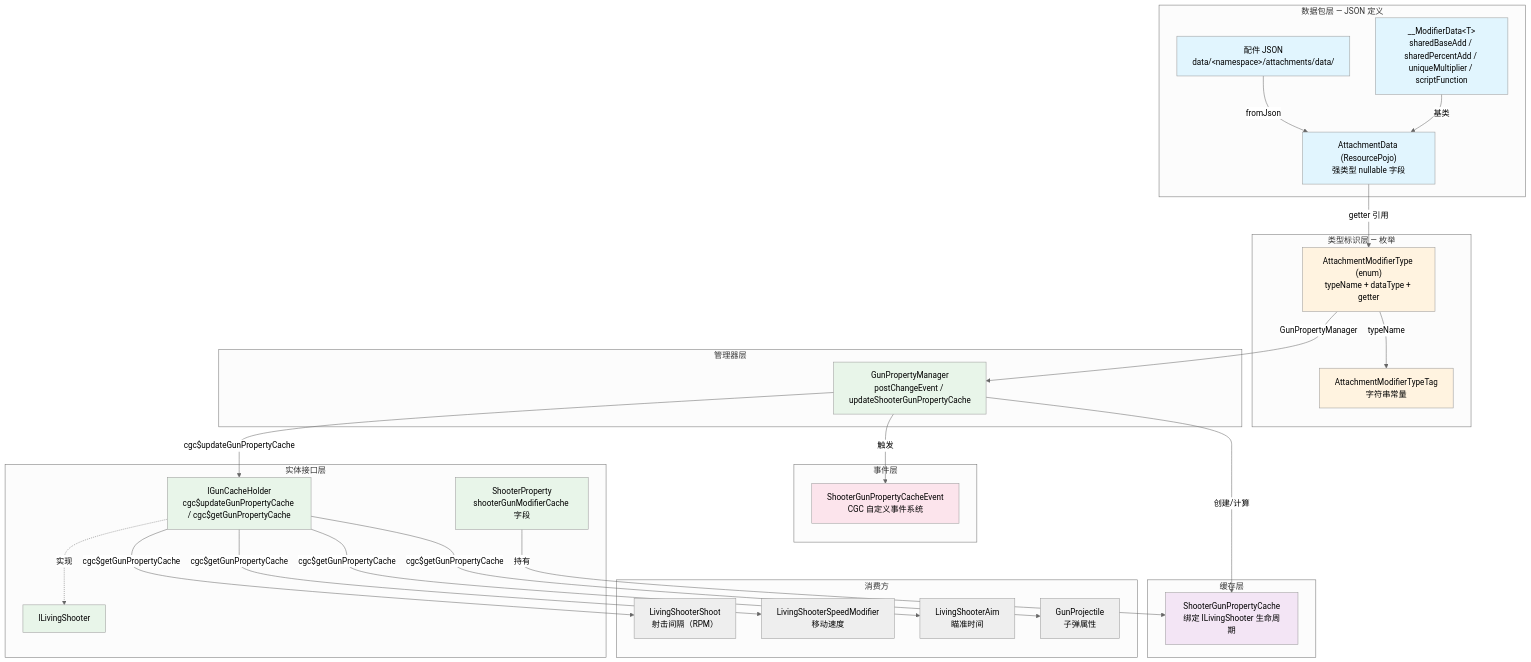
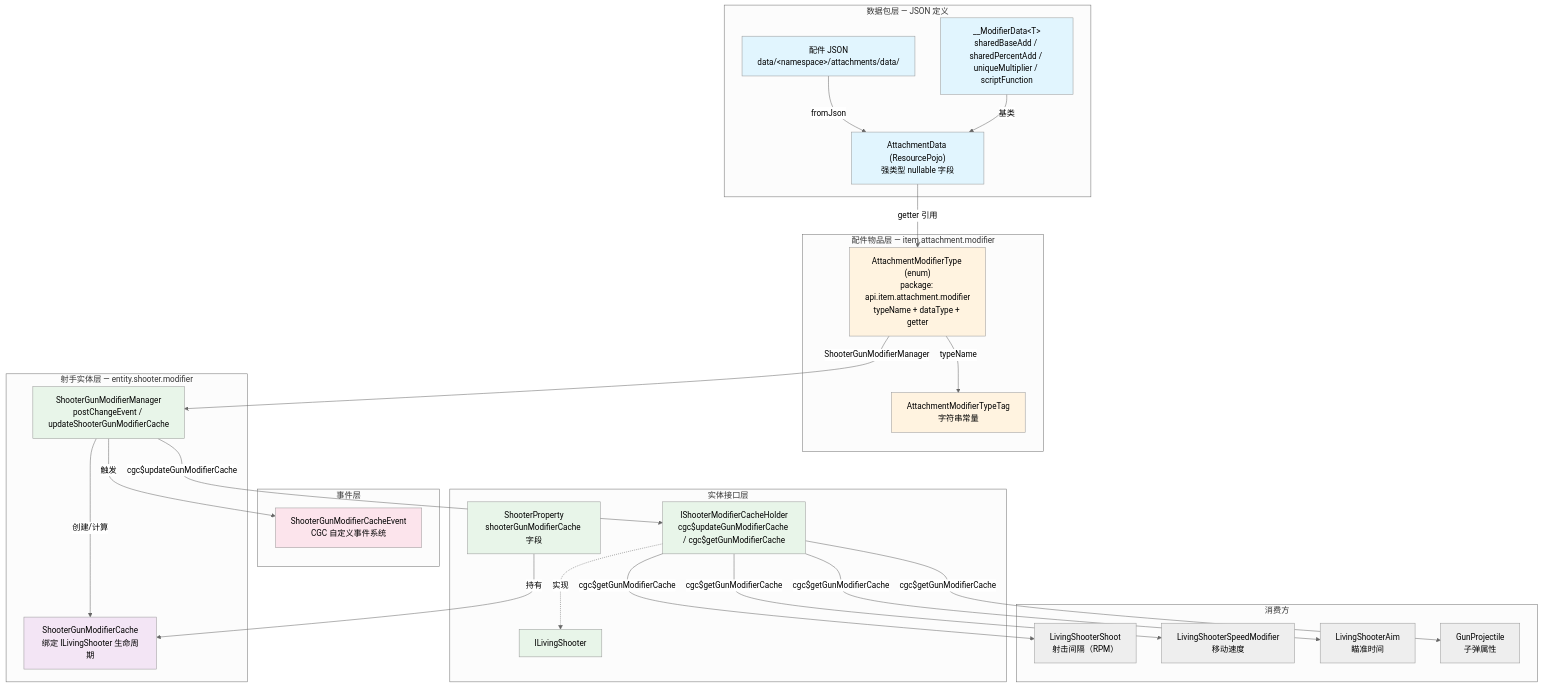
One commit to XColorful/Custom-Gun-Continued changed the diagram in docs/architecture/core/entity/shooter/modifier/Home.md. Above: the diagram before and after it, drawn with Mermaid (neutral theme). The commit also changed other lines of this file and 9 other files, not shown here.

````diff
--- a/docs/architecture/core/entity/shooter/modifier/Home.md
+++ b/docs/architecture/core/entity/shooter/modifier/Home.md
@@ -8,67 +8,64 @@
 ```mermaid
 graph TB
+    subgraph "配件物品层 — item.attachment.modifier"
+        AMT["AttachmentModifierType (enum)<br/>package: api.item.attachment.modifier<br/>typeName + dataType + getter"]
+        AMTT["AttachmentModifierTypeTag<br/>字符串常量"]
+    end
+
     subgraph "数据包层 — JSON 定义"
         JSON["配件 JSON<br/>data/&lt;namespace&gt;/attachments/data/"]
         AD["AttachmentData (ResourcePojo)<br/>强类型 nullable 字段"]
         MODDATA["__ModifierData&lt;T&gt;<br/>sharedBaseAdd / sharedPercentAdd / uniqueMultiplier / scriptFunction"]
     end
 
-    subgraph "类型标识层 — 枚举"
-        AMT["AttachmentModifierType (enum)<br/>typeName + dataType + getter"]
-        AMTT["AttachmentModifierTypeTag<br/>字符串常量"]
-    end
-
-    subgraph "缓存层"
-        SGPC["ShooterGunPropertyCache<br/>绑定 ILivingShooter 生命周期"]
-    end
-
-    subgraph "管理器层"
-        GPM["GunPropertyManager<br/>postChangeEvent / updateShooterGunPropertyCache"]
+    subgraph "射手实体层 — entity.shooter.modifier"
+        SGMC["ShooterGunModifierCache<br/>绑定 ILivingShooter 生命周期"]
+        SGMM["ShooterGunModifierManager<br/>postChangeEvent / updateShooterGunModifierCache"]
     end
 
     subgraph "事件层"
-        SGPCE["ShooterGunPropertyCacheEvent<br/>CGC 自定义事件系统"]
+        SGMCE["ShooterGunModifierCacheEvent<br/>CGC 自定义事件系统"]
     end
 
     subgraph "实体接口层"
         ILS["ILivingShooter"]
         SP["ShooterProperty<br/>shooterGunModifierCache 字段"]
-        IGC["IGunCacheHolder<br/>cgc$updateGunPropertyCache / cgc$getGunPropertyCache"]
+        ISMC["IShooterModifierCacheHolder<br/>cgc$updateGunModifierCache / cgc$getGunModifierCache"]
     end
 
     subgraph "消费方"
         LSS["LivingShooterShoot<br/>射击间隔（RPM）"]
         LSSM["LivingShooterSpeedModifier<br/>移动速度"]
         LSA["LivingShooterAim<br/>瞄准时间"]
         GP["GunProjectile<br/>子弹属性"]
     end
 
     JSON -->|"fromJson"| AD
     AD -->|"getter 引用"| AMT
     AMT -->|"typeName"| AMTT
     MODDATA -->|"基类"| AD
 
-    AMT -->|"GunPropertyManager"| GPM
-    GPM -->|"创建/计算"| SGPC
-    GPM -->|"触发"| SGPCE
-    GPM -->|"cgc$updateGunPropertyCache"| IGC
-    IGC -.->|"实现"| ILS
-    SP -->|"持有"| SGPC
+    AMT -->|"ShooterGunModifierManager"| SGMM
+    SGMM -->|"创建/计算"| SGMC
+    SGMM -->|"触发"| SGMCE
+    SGMM -->|"cgc$updateGunModifierCache"| ISMC
+    ISMC -.->|"实现"| ILS
+    SP -->|"持有"| SGMC
 
-    IGC -->|"cgc$getGunPropertyCache"| LSS
-    IGC -->|"cgc$getGunPropertyCache"| LSSM
-    IGC -->|"cgc$getGunPropertyCache"| LSA
-    IGC -->|"cgc$getGunPropertyCache"| GP
+    ISMC -->|"cgc$getGunModifierCache"| LSS
+    ISMC -->|"cgc$getGunModifierCache"| LSSM
+    ISMC -->|"cgc$getGunModifierCache"| LSA
+    ISMC -->|"cgc$getGunModifierCache"| GP
 
     style JSON fill:#e1f5fe
     style AD fill:#e1f5fe
     style MODDATA fill:#e1f5fe
     style AMT fill:#fff3e0
     style AMTT fill:#fff3e0
-    style SGPC fill:#f3e5f5
-    style GPM fill:#e8f5e9
-    style SGPCE fill:#fce4ec
+    style SGMC fill:#f3e5f5
+    style SGMM fill:#e8f5e9
+    style SGMCE fill:#fce4ec
     style ILS fill:#e8f5e9
     style SP fill:#e8f5e9
-    style IGC fill:#e8f5e9
+    style ISMC fill:#e8f5e9
 ```
````
